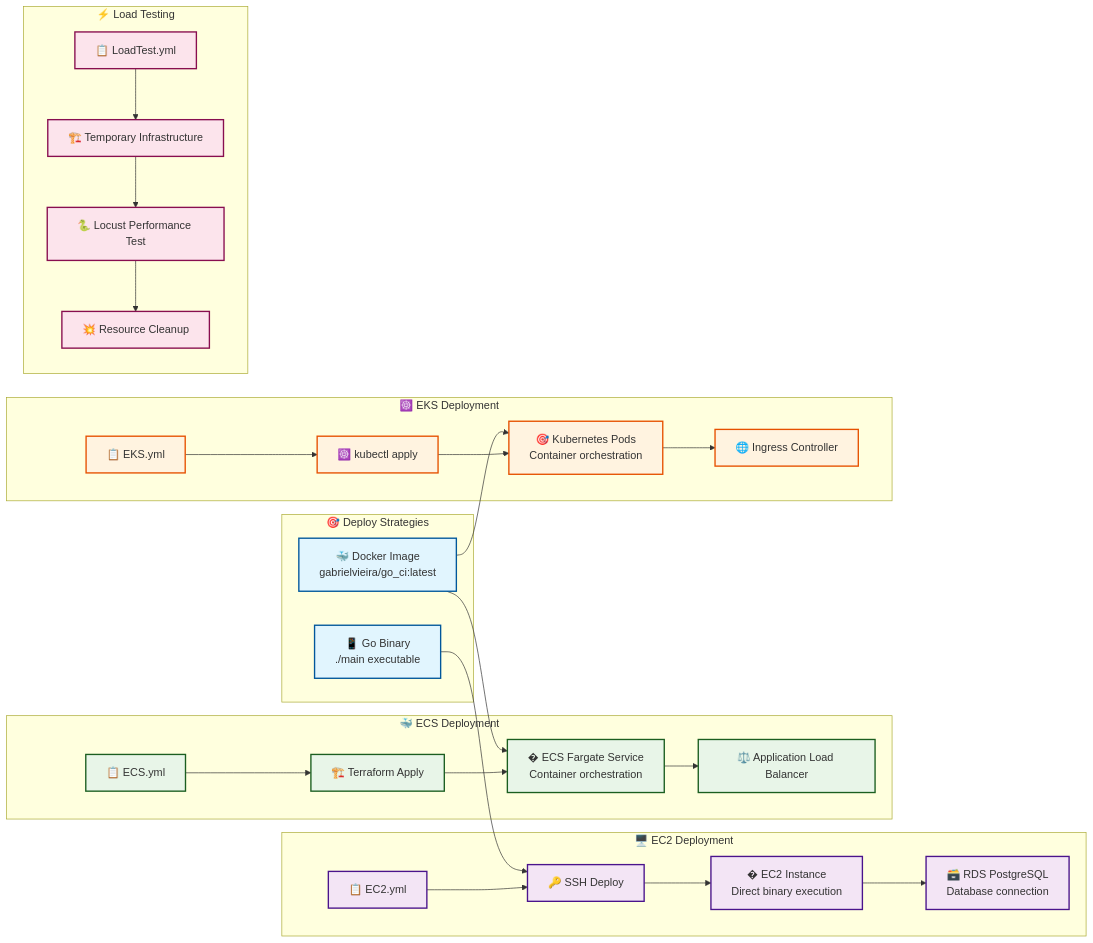
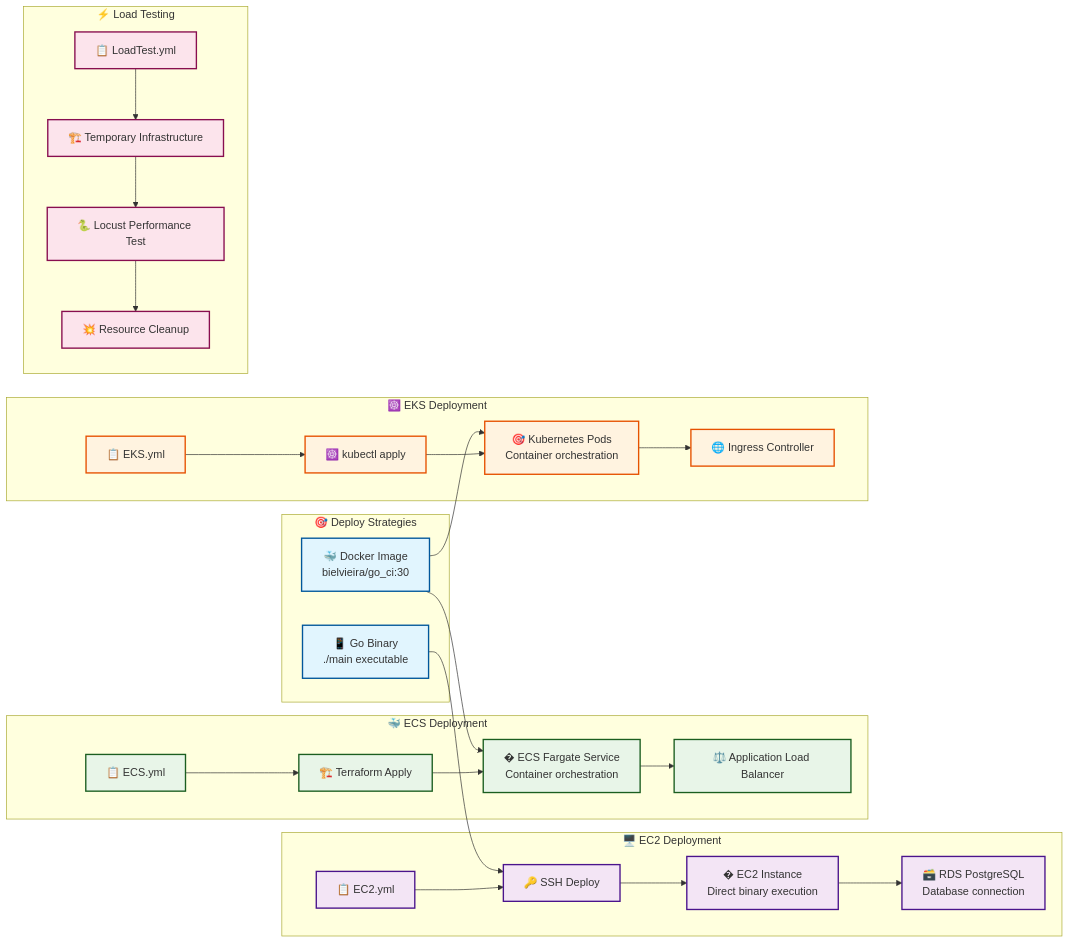
Before and after one commit to gabrielvieira1/integracao-continua-docker-github-actions: the second of 10 diagrams in ARCHITECTURE.md, drawn with Mermaid. The commit also changed 44 other files, not shown here.

````diff
--- a/ARCHITECTURE.md
+++ b/ARCHITECTURE.md
@@ -219,68 +219,68 @@
 ```mermaid
 flowchart LR
     subgraph "🎯 Deploy Strategies"
-        DOCKER_IMAGE[🐳 Docker Image<br/>gabrielvieira/go_ci:latest]
+        DOCKER_IMAGE[🐳 Docker Image<br/>bielvieira/go_ci:30]
         GO_BINARY[📱 Go Binary<br/>./main executable]
     end
     
     subgraph "🖥️ EC2 Deployment"
         EC2_WORKFLOW[📋 EC2.yml]
         EC2_SSH[🔑 SSH Deploy]
         EC2_INSTANCE[�️ EC2 Instance<br/>Direct binary execution]
         EC2_RDS[🗃️ RDS PostgreSQL<br/>Database connection]
     end
     
     subgraph "🐳 ECS Deployment"
         ECS_WORKFLOW[📋 ECS.yml]
         ECS_TERRAFORM[🏗️ Terraform Apply]
         ECS_SERVICE[� ECS Fargate Service<br/>Container orchestration]
         ECS_ALB[⚖️ Application Load Balancer]
     end
     
     subgraph "☸️ EKS Deployment"
         EKS_WORKFLOW[📋 EKS.yml]
         EKS_KUBECTL[☸️ kubectl apply]
         EKS_PODS[🎯 Kubernetes Pods<br/>Container orchestration]
         EKS_INGRESS[🌐 Ingress Controller]
     end
     
     subgraph "⚡ Load Testing"
         LOAD_WORKFLOW[📋 LoadTest.yml]
         TEMP_INFRA[🏗️ Temporary Infrastructure]
         LOCUST_TEST[🐍 Locust Performance Test]
         CLEANUP[💥 Resource Cleanup]
     end
 
     %% Connections
     GO_BINARY --> EC2_SSH
     EC2_WORKFLOW --> EC2_SSH
     EC2_SSH --> EC2_INSTANCE
     EC2_INSTANCE --> EC2_RDS
     
     DOCKER_IMAGE --> ECS_SERVICE
     ECS_WORKFLOW --> ECS_TERRAFORM
     ECS_TERRAFORM --> ECS_SERVICE
     ECS_SERVICE --> ECS_ALB
     
     DOCKER_IMAGE --> EKS_PODS
     EKS_WORKFLOW --> EKS_KUBECTL
     EKS_KUBECTL --> EKS_PODS
     EKS_PODS --> EKS_INGRESS
     
     LOAD_WORKFLOW --> TEMP_INFRA
     TEMP_INFRA --> LOCUST_TEST
     LOCUST_TEST --> CLEANUP
 
     %% Styling
     classDef imageClass fill:#e1f5fe,stroke:#01579b,stroke-width:2px
     classDef ec2Class fill:#f3e5f5,stroke:#4a148c,stroke-width:2px
     classDef ecsClass fill:#e8f5e8,stroke:#1b5e20,stroke-width:2px
     classDef eksClass fill:#fff3e0,stroke:#e65100,stroke-width:2px
     classDef loadClass fill:#fce4ec,stroke:#880e4f,stroke-width:2px
 
     class DOCKER_IMAGE,GO_BINARY imageClass
     class EC2_WORKFLOW,EC2_SSH,EC2_INSTANCE,EC2_RDS ec2Class
     class ECS_WORKFLOW,ECS_TERRAFORM,ECS_SERVICE,ECS_ALB ecsClass
     class EKS_WORKFLOW,EKS_KUBECTL,EKS_PODS,EKS_INGRESS eksClass
     class LOAD_WORKFLOW,TEMP_INFRA,LOCUST_TEST,CLEANUP loadClass
 ```
````
